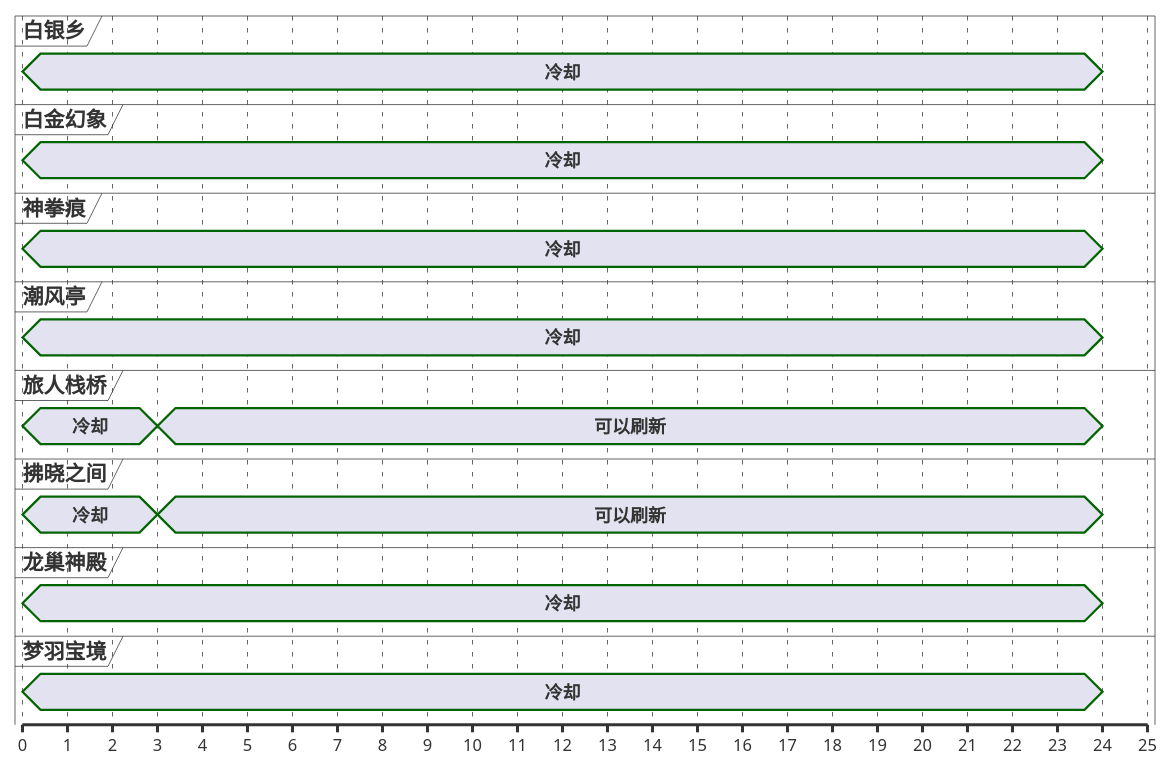
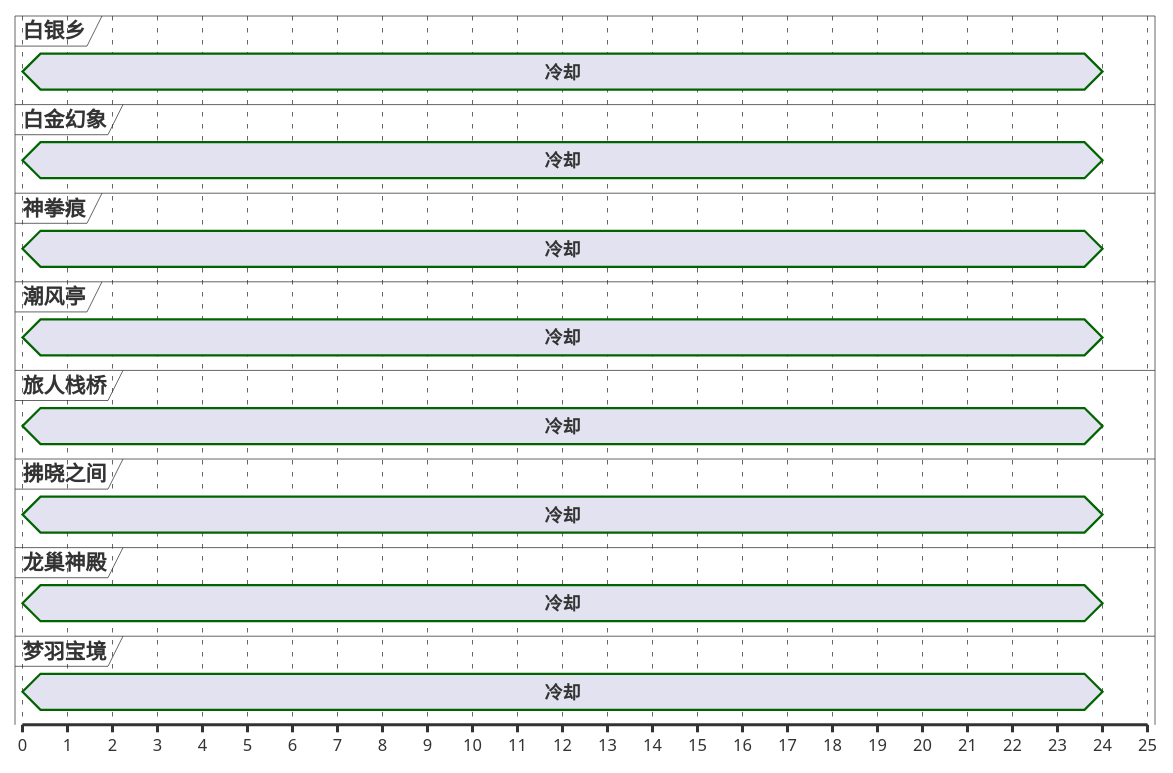
Before and after one commit to Eroleice/doc-pi: the second of 13 diagrams in ffxiv/hunt/2.0/Croakadile.md, drawn with PlantUML. The commit also changed other lines of this file and 38 other files, not shown here.

````diff
--- a/ffxiv/hunt/2.0/Croakadile.md
+++ b/ffxiv/hunt/2.0/Croakadile.md
@@ -83,51 +83,47 @@
 ```plantuml
 @startuml
 scale 1 as 30 pixels
 
 concise 白银乡
 concise 白金幻象
 concise 神拳痕
 concise 潮风亭
 concise 旅人栈桥
 concise 拂晓之间
 concise 龙巢神殿
 concise 梦羽宝境
 
-@旅人栈桥
-0 is 冷却
-3 is 可以刷新
-3 is 强制刷新
-24 is {hidden}
-
-@拂晓之间
-0 is 冷却
-3 is 可以刷新
-3 is 强制刷新
-24 is {hidden}
-
 @白金幻象
 0 is 冷却
 24 is {hidden}
 
 @潮风亭
 0 is 冷却
 24 is {hidden}
 
 @神拳痕
 0 is 冷却
 24 is {hidden}
 
+@旅人栈桥
+0 is 冷却
+24 is {hidden}
+
 @白银乡
+0 is 冷却
+24 is {hidden}
+
+@拂晓之间
 0 is 冷却
 24 is {hidden}
 
 @龙巢神殿
 0 is 冷却
 24 is {hidden}
 
 @梦羽宝境
 0 is 冷却
 24 is {hidden}
 
 @enduml
 ```
````
